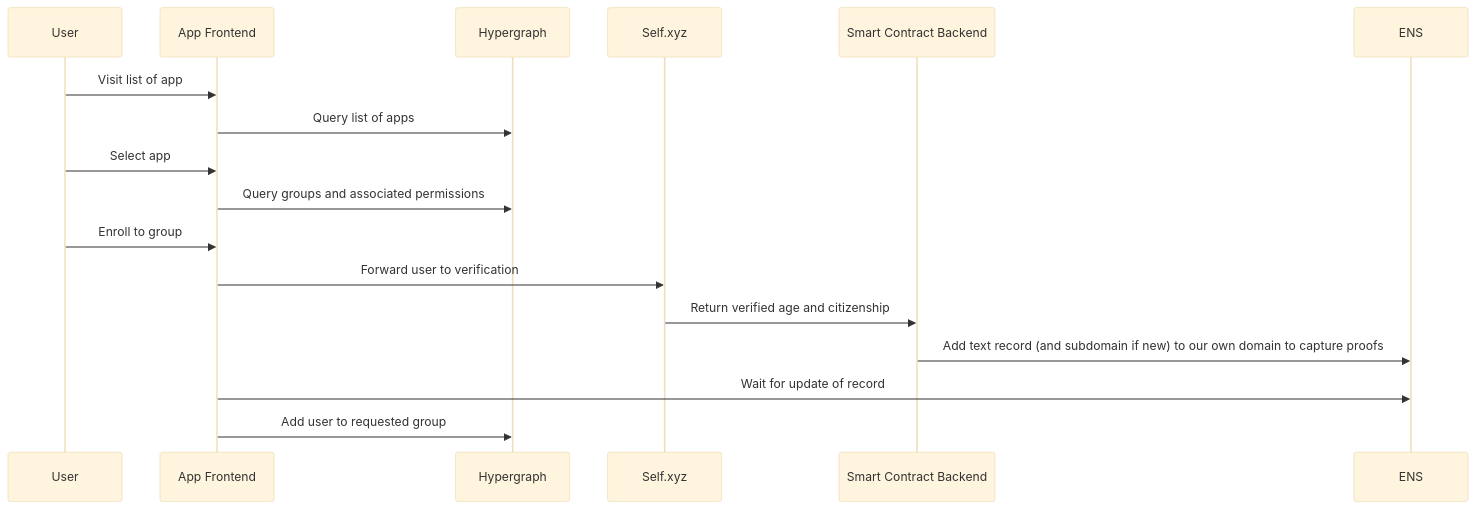
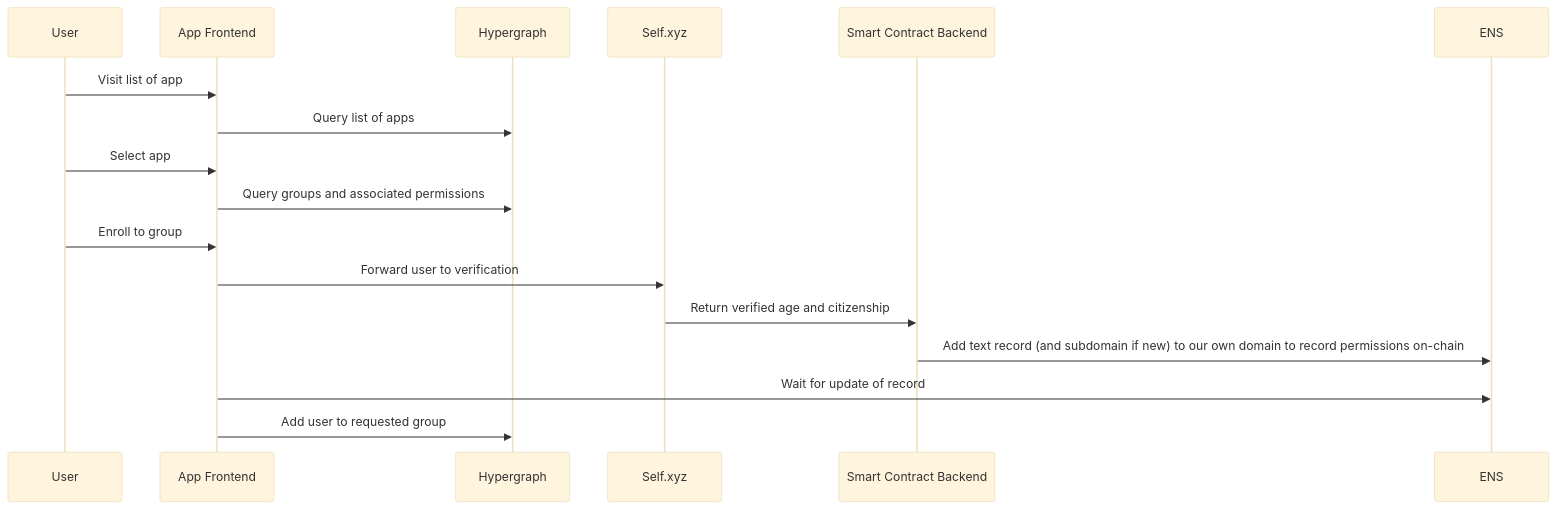
One commit to mDeisen/ETHCannes2025 changed the diagram in docs/flow_1.md. Above: the diagram before and after it, drawn with Mermaid (base theme). The commit also changed 16 other files, not shown here.

````diff
--- a/docs/flow_1.md
+++ b/docs/flow_1.md
@@ -5,20 +5,20 @@
 ```mermaid
 sequenceDiagram
  participant User
  participant App Frontend
  participant Hypergraph
  participant Self.xyz
  participant Smart Contract Backend
  participant ENS
 
  User->>App Frontend: Visit list of app
  App Frontend->>Hypergraph: Query list of apps
  User->>App Frontend: Select app
  App Frontend->>Hypergraph: Query groups and associated permissions
  User->>App Frontend: Enroll to group
  App Frontend->>Self.xyz: Forward user to verification
  Self.xyz->>Smart Contract Backend: Return verified age and citizenship
- Smart Contract Backend->>ENS: Add text record (and subdomain if new) to our own domain to capture proofs
+ Smart Contract Backend->>ENS: Add text record (and subdomain if new) to our own domain to record permissions on-chain
  App Frontend->>ENS: Wait for update of record
  App Frontend->>Hypergraph: Add user to requested group
 ```
````
